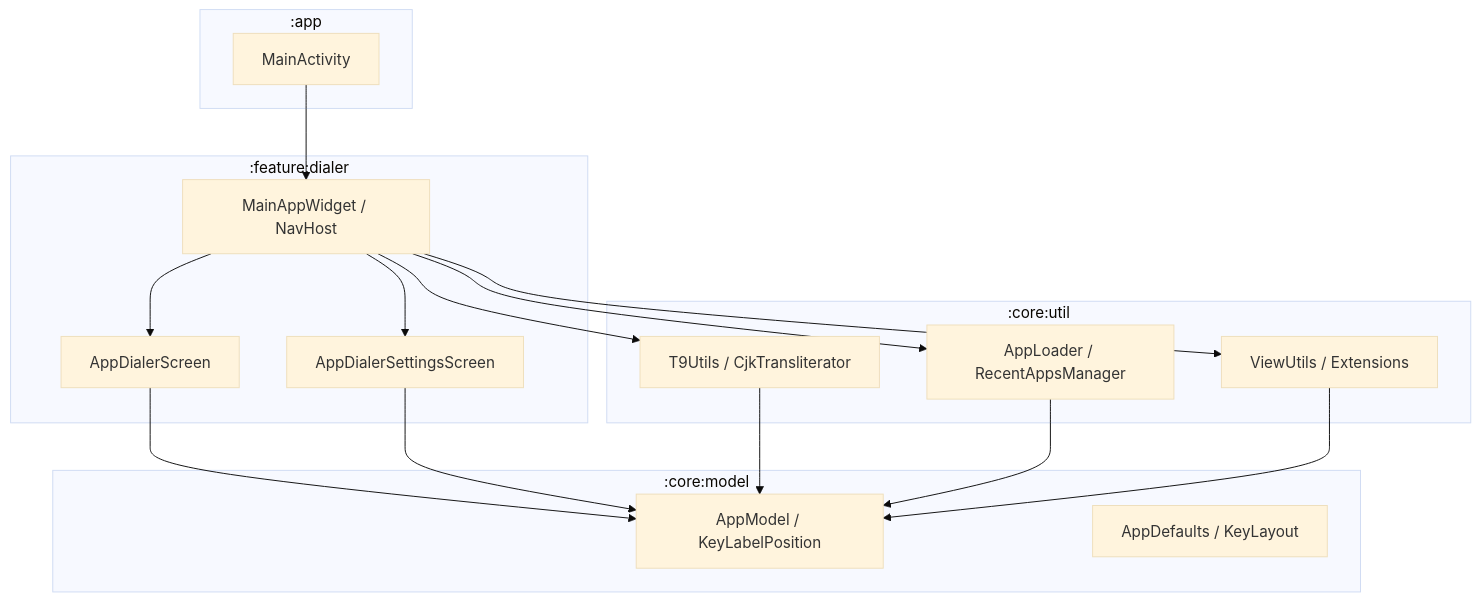
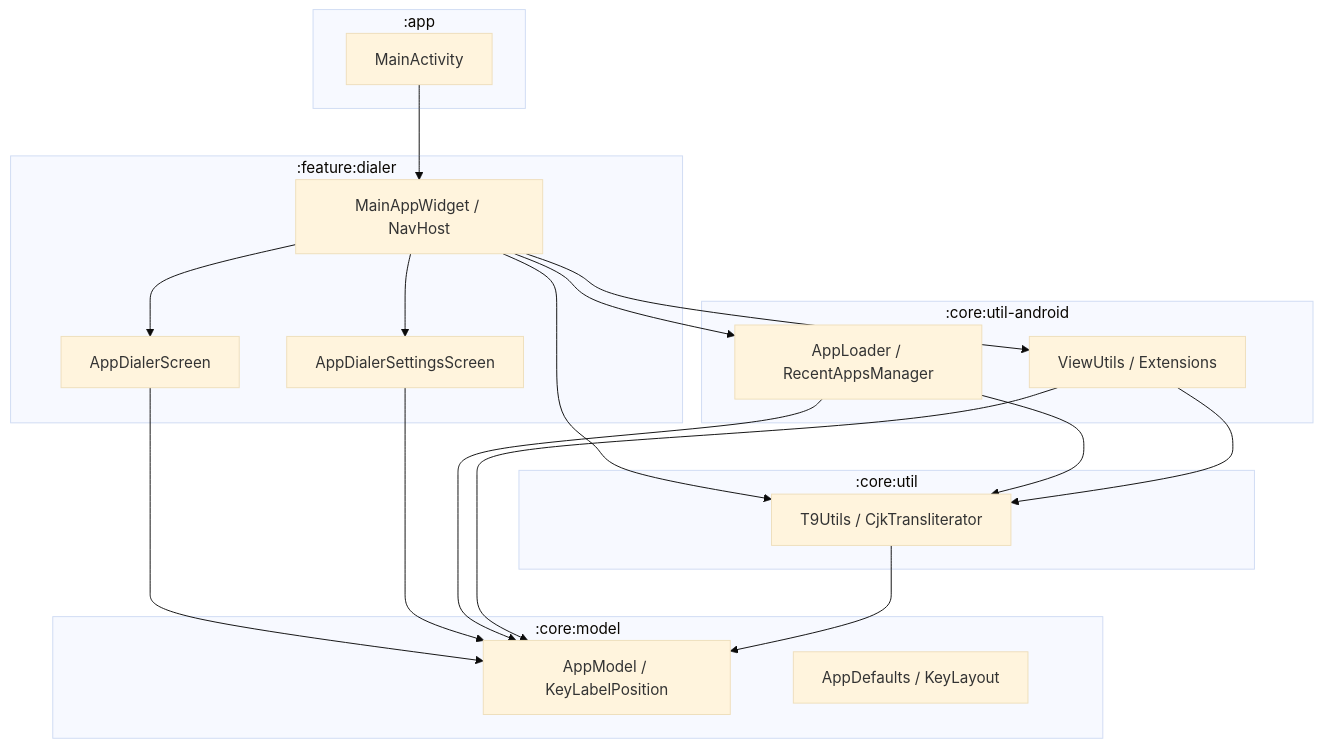
One commit to yongjhih/app-dialer-app changed the diagram in ARCHITECTURE.md. Above: the diagram before and after it, drawn with Mermaid (base theme). The commit also changed other lines of this file and 7 other files, not shown here.

Commit message:
refactor: Split core utilities into :core:util (Pure Kotlin algorithms) and :core:util-android (Android framework helpers)

````diff
--- a/ARCHITECTURE.md
+++ b/ARCHITECTURE.md
@@ -11,35 +11,40 @@
 ```mermaid
 graph TD
     subgraph ":app"
         A[MainActivity]
     end
 
     subgraph ":feature:dialer"
         B[MainAppWidget / NavHost]
         C[AppDialerScreen]
         D[AppDialerSettingsScreen]
     end
 
+    subgraph ":core:util-android"
+        E[AppLoader / RecentAppsManager]
+        F[ViewUtils / Extensions]
+    end
+
     subgraph ":core:util"
-        E[T9Utils / CjkTransliterator]
-        F[AppLoader / RecentAppsManager]
-        G[ViewUtils / Extensions]
+        G[T9Utils / CjkTransliterator]
     end
 
     subgraph ":core:model"
         H[AppModel / KeyLabelPosition]
         I[AppDefaults / KeyLayout]
     end
 
     A --> B
     B --> C
     B --> D
     B --> E
     B --> F
     B --> G
+    E --> G
+    F --> G
     C --> H
     D --> H
     E --> H
     F --> H
     G --> H
 ```
````
